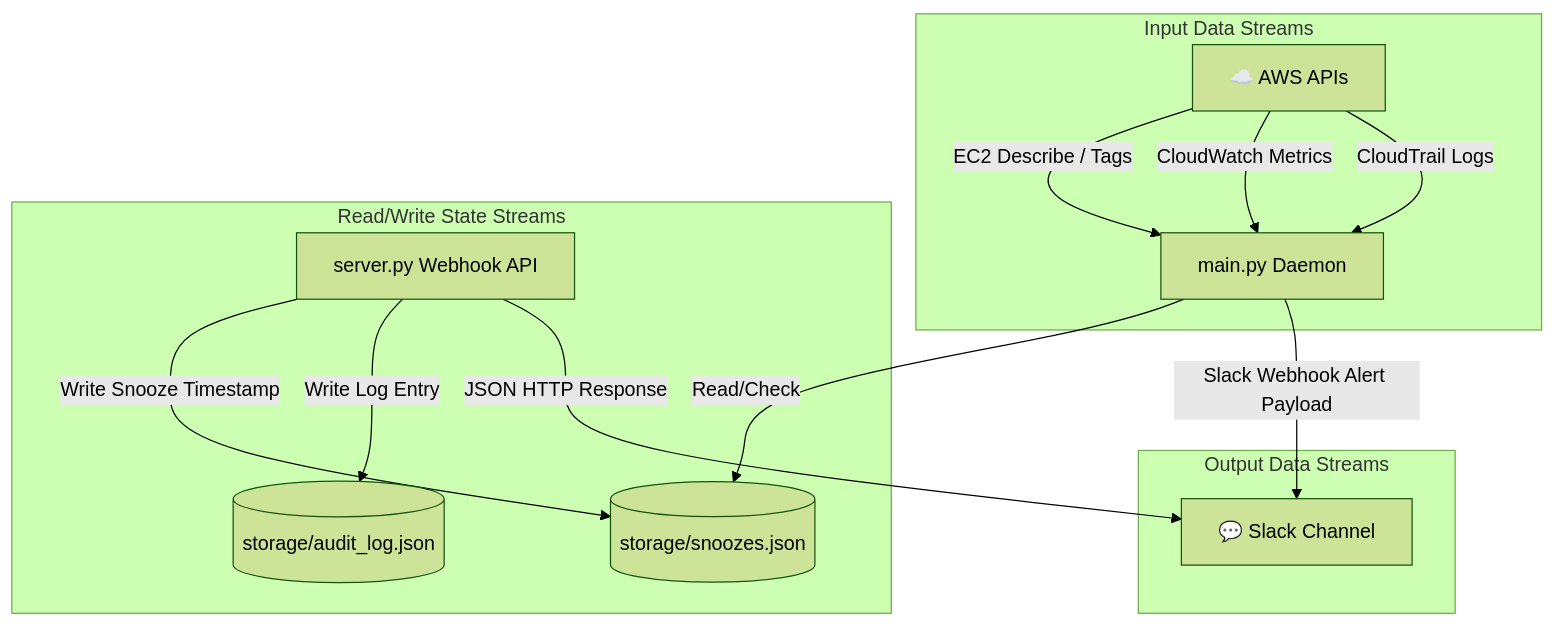
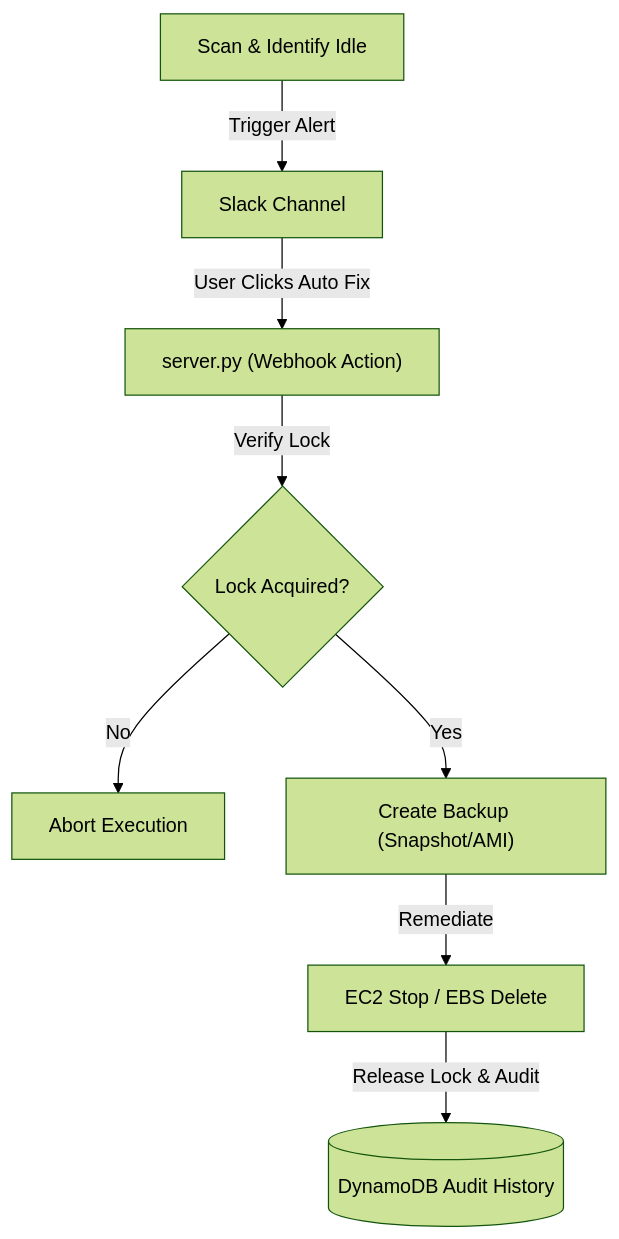
One commit to VaishnavSreekumar/sentinelfinops changed the third of 4 diagrams in ARCHITECTURE.md. Above: the diagram before and after it, drawn with Mermaid (forest theme). The commit also changed other lines of this file and 32 other files, not shown here.

````diff
--- a/ARCHITECTURE.md
+++ b/ARCHITECTURE.md
@@ -199,20 +57,10 @@
 ```mermaid
 graph TD
-    subgraph InputStreams["Input Data Streams"]
-        AWS["☁️ AWS APIs"] -->|EC2 Describe / Tags| CLI["main.py Daemon"]
-        AWS -->|CloudWatch Metrics| CLI
-        AWS -->|CloudTrail Logs| CLI
-    end
-
-    subgraph FileReadWrite["Read/Write State Streams"]
-        CLI -->|Read/Check| Snoozes[("storage/snoozes.json")]
-        
-        Webhook["server.py Webhook API"] -->|Write Snooze Timestamp| Snoozes
-        Webhook -->|Write Log Entry| Audit[("storage/audit_log.json")]
-    end
-
-    subgraph OutputStreams["Output Data Streams"]
-        CLI -->|Slack Webhook Alert Payload| Slack["💬 Slack Channel"]
-        Webhook -->|JSON HTTP Response| Slack
-    end
+    Scan["Scan & Identify Idle"] -->|Trigger Alert| Slack["Slack Channel"]
+    Slack -->|User Clicks Auto Fix| Webhook["server.py (Webhook Action)"]
+    Webhook -->|Verify Lock| Lock{"Lock Acquired?"}
+    Lock -->|No| Abort["Abort Execution"]
+    Lock -->|Yes| Backup["Create Backup (Snapshot/AMI)"]
+    Backup -->|Remediate| Action["EC2 Stop / EBS Delete"]
+    Action -->|Release Lock & Audit| DynamoDB[("DynamoDB Audit History")]
 ```
````
